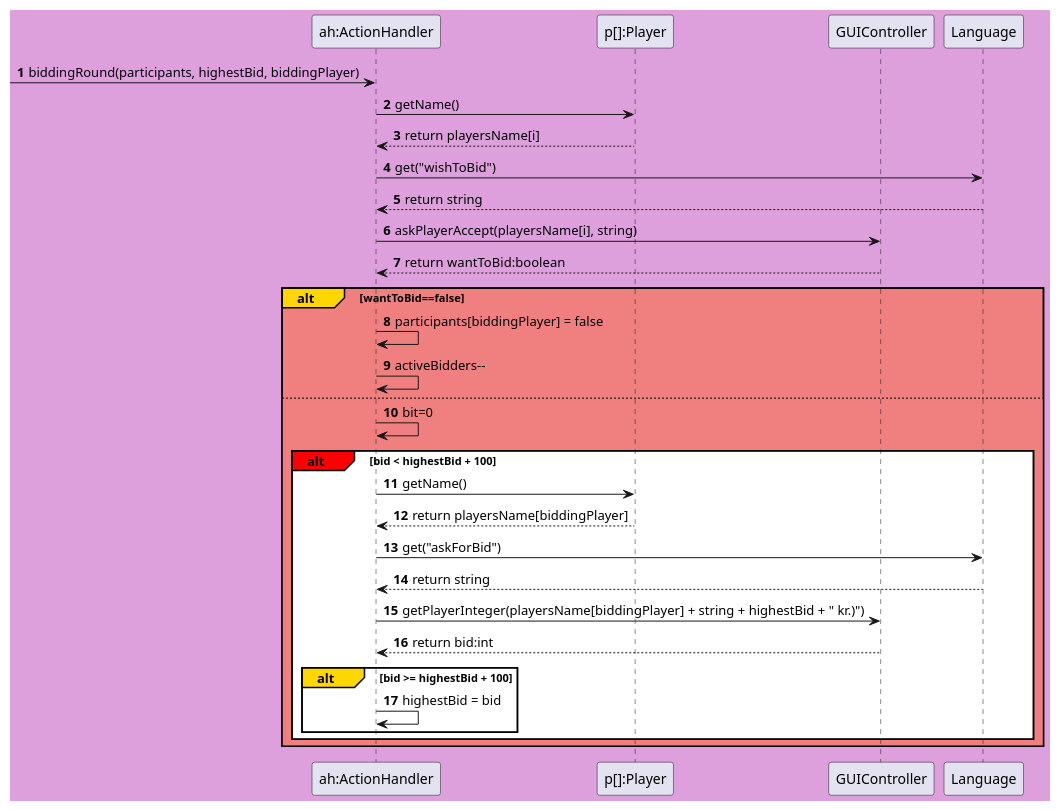
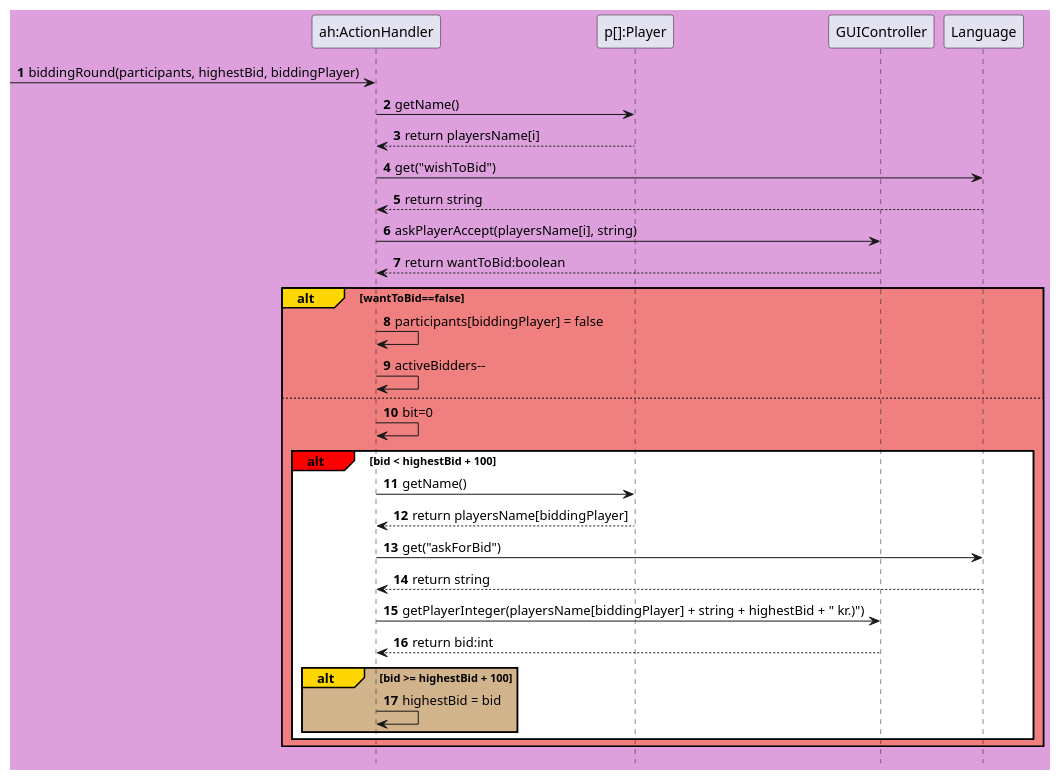
The diagram in diagrams/ActionHandler_Extention1_1_2_biddingRound.puml (Greve2001/CDIO-final), drawn with PlantUML before and after one commit. The commit also changed 4 other files, not shown here.

Commit message:
I modified seuence diagram to hide the footers

```diff
--- a/diagrams/ActionHandler_Extention1_1_2_biddingRound.puml
+++ b/diagrams/ActionHandler_Extention1_1_2_biddingRound.puml
@@ -1,34 +1,35 @@
 @startuml
 'https://plantuml.com/sequence-diagram
 
 autonumber
+hide footbox
 skinparam backgroundColor #plum
 Participant "ah:ActionHandler" as actionHandler
 Participant "p[]:Player" as player
 Participant "GUIController" as guiController
 
 ->actionHandler:biddingRound(participants, highestBid, biddingPlayer)
 actionHandler -> player:getName()
 actionHandler <-- player:return playersName[i]
 actionHandler -> Language:get("wishToBid")
 actionHandler <-- Language: return string
 actionHandler -> guiController:askPlayerAccept(playersName[i], string)
 actionHandler <-- guiController:return wantToBid:boolean
 alt#Gold #LightCoral  wantToBid==false
           actionHandler -> actionHandler:participants[biddingPlayer] = false
           actionHandler -> actionHandler:activeBidders--
 else #LightCoral
       actionHandler->actionHandler: bit=0
       alt#red #white bid < highestBid + 100
           actionHandler -> player:getName()
           actionHandler <-- player:return playersName[biddingPlayer]
           actionHandler -> Language:get("askForBid")
           actionHandler <-- Language: return string
           actionHandler -> guiController: getPlayerInteger(playersName[biddingPlayer] + string + highestBid + " kr.)")
           actionHandler <-- guiController:return bid:int
-          alt#Gold #white bid >= highestBid + 100
+          alt#Gold #Tan bid >= highestBid + 100
               actionHandler -> actionHandler:highestBid = bid
           end
       end
 end
 @enduml
```
